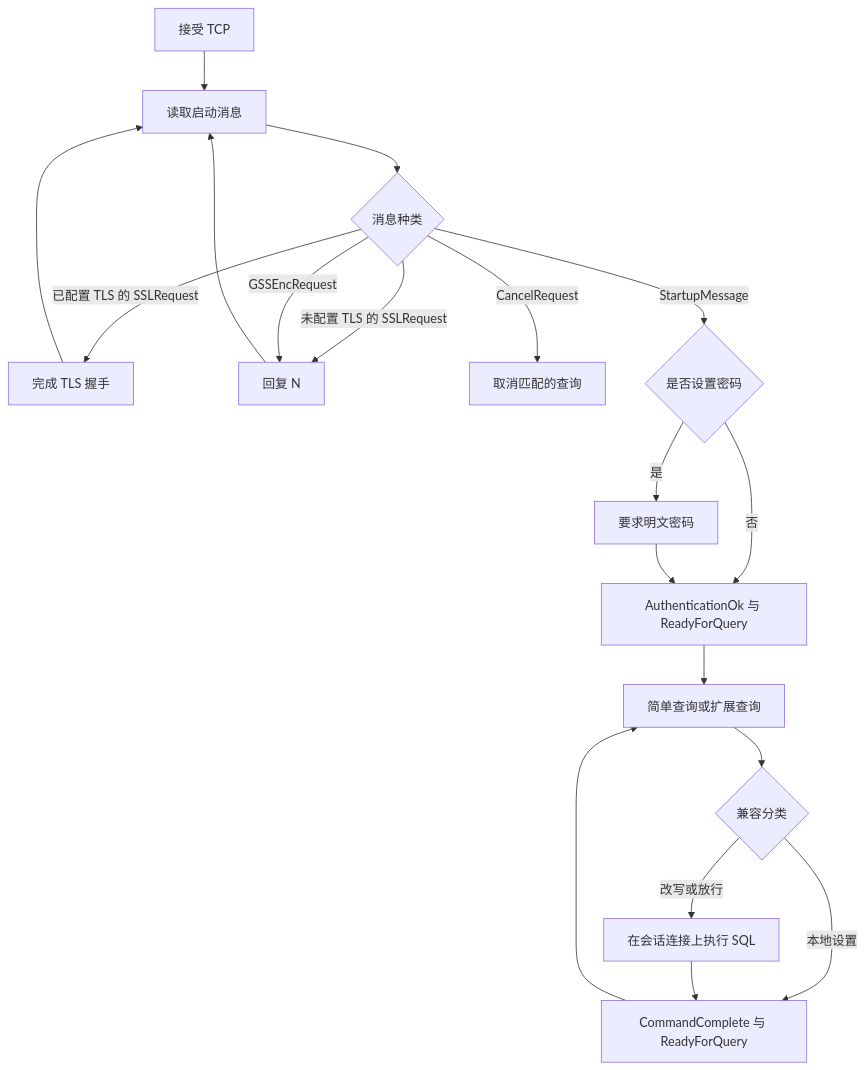
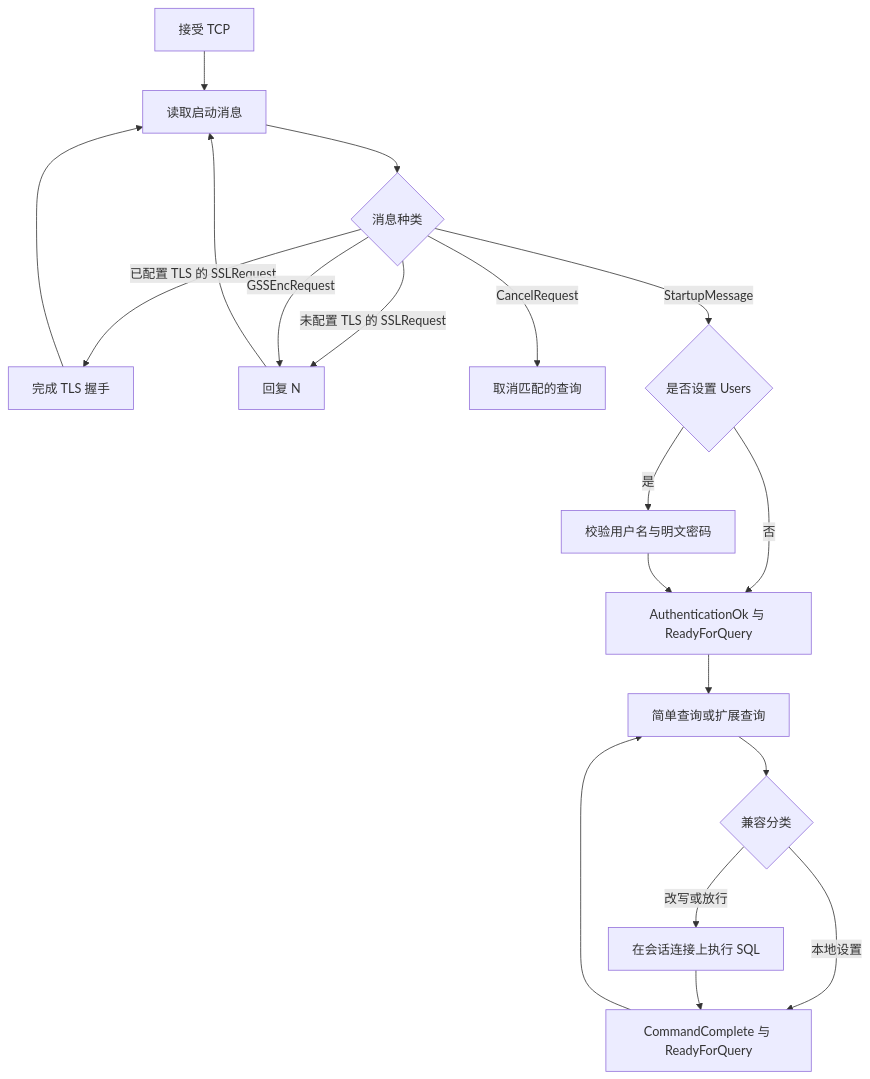
One commit to fantasticmao/go-duckpg changed the diagram in README_ZH.md. Above: the diagram before and after it, drawn with Mermaid. The commit also changed other lines of this file and 6 other files, not shown here.

````diff
--- a/README_ZH.md
+++ b/README_ZH.md
@@ -102,21 +102,21 @@
 ```mermaid
 flowchart TD
     accept[接受 TCP] --> readMsg[读取启动消息]
     readMsg --> kind{消息种类}
     kind -->|已配置 TLS 的 SSLRequest| handshake[完成 TLS 握手]
     kind -->|未配置 TLS 的 SSLRequest| replyN[回复 N]
     kind -->|GSSEncRequest| replyN
     handshake --> readMsg
     replyN --> readMsg
     kind -->|CancelRequest| cancel[取消匹配的查询]
-    kind -->|StartupMessage| auth{是否设置密码}
-    auth -->|是| password[要求明文密码]
+    kind -->|StartupMessage| auth{是否设置 Users}
+    auth -->|是| password[校验用户名与明文密码]
     auth -->|否| ready[AuthenticationOk 与 ReadyForQuery]
     password --> ready
     ready --> query[简单查询或扩展查询]
     query --> classify{兼容分类}
     classify -->|本地设置| done[CommandComplete 与 ReadyForQuery]
     classify -->|改写或放行| exec[在会话连接上执行 SQL]
     exec --> done
     done --> query
 ```
````
